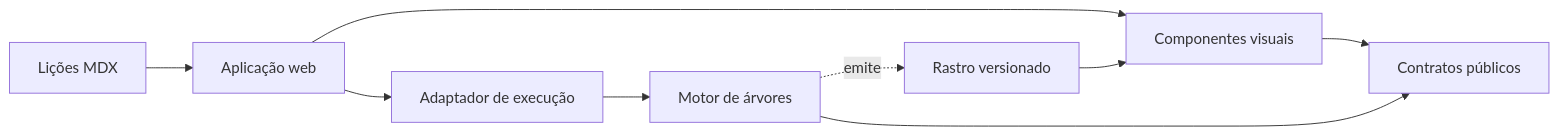
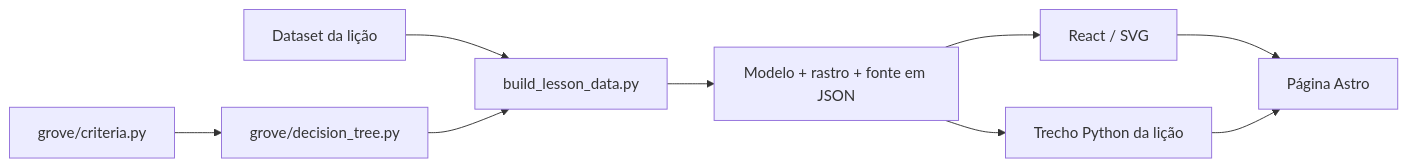
Before and after one commit to luccae11235/grove: the diagram in docs/architecture.md, drawn with Mermaid. The commit also changed other lines of this file and 173 other files, not shown here.

````diff
--- a/docs/architecture.md
+++ b/docs/architecture.md
@@ -24,11 +37,11 @@
 ```mermaid
 flowchart LR
-    Content["Lições MDX"] --> Web["Aplicação web"]
-    Web --> Visuals["Componentes visuais"]
-    Web --> Runtime["Adaptador de execução"]
-    Visuals --> Contracts["Contratos públicos"]
-    Runtime --> Core["Motor de árvores"]
-    Core --> Contracts
-    Core -. emite .-> Trace["Rastro versionado"]
-    Trace --> Visuals
+    Dataset["Dataset da lição"] --> Generator["build_lesson_data.py"]
+    Core["grove/decision_tree.py"] --> Generator
+    Criteria["grove/criteria.py"] --> Core
+    Generator --> Artifact["Modelo + rastro + fonte em JSON"]
+    Artifact --> Visuals["React / SVG"]
+    Artifact --> Code["Trecho Python da lição"]
+    Visuals --> Lesson["Página Astro"]
+    Code --> Lesson
 ```
````
